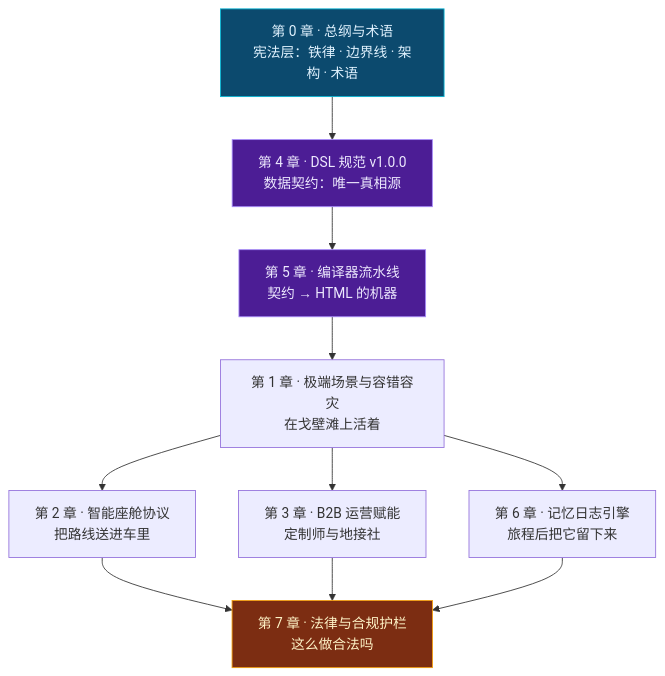
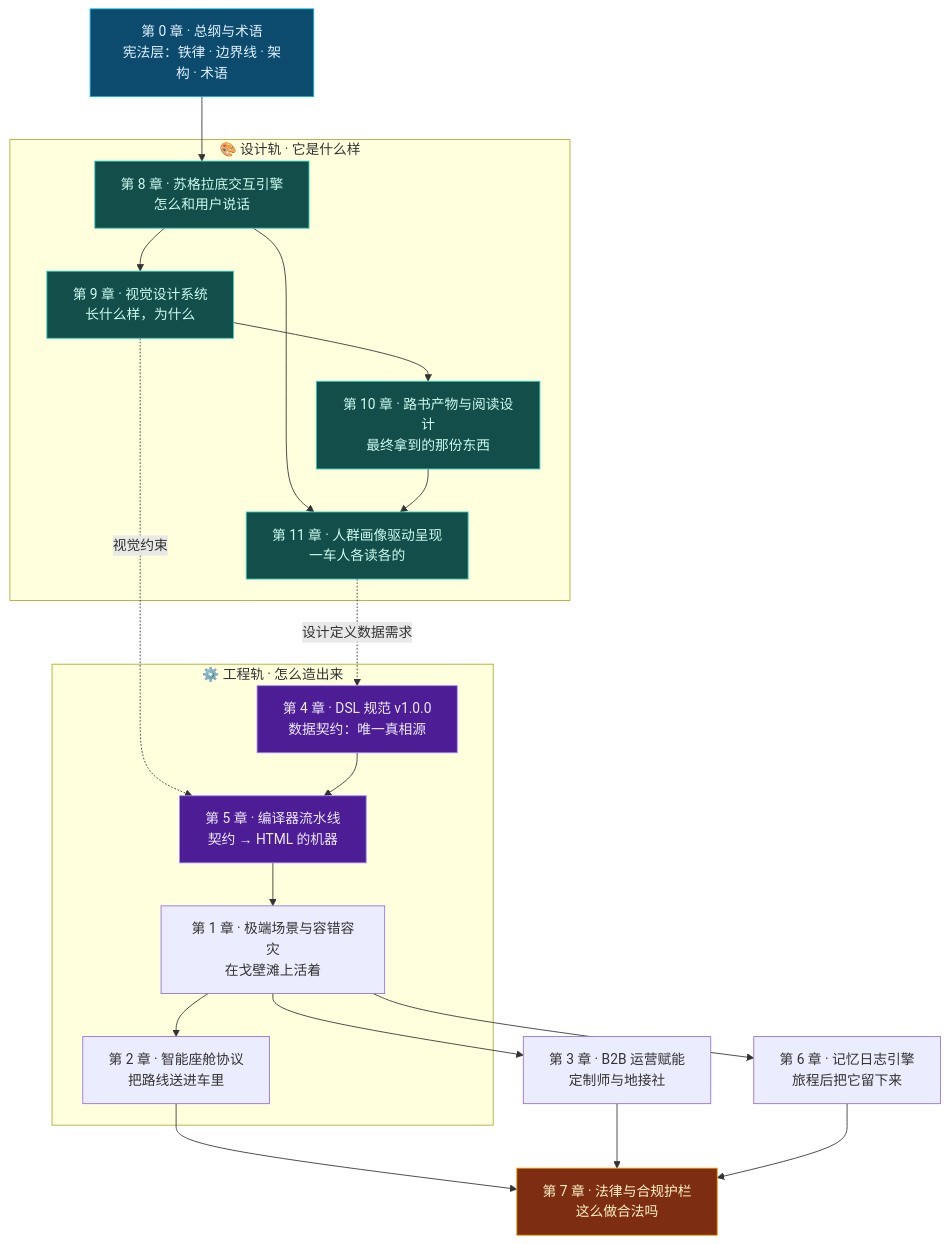
One commit to JohnMaxwell0123/TripCraft changed the diagram in docs/README.md. Above: the diagram before and after it, drawn with Mermaid. The commit also changed other lines of this file and 6 other files, not shown here.

````diff
--- a/docs/README.md
+++ b/docs/README.md
@@ -45,21 +63,41 @@
 ```mermaid
 flowchart TB
     CH0["第 0 章 · 总纲与术语<br/>宪法层：铁律 · 边界线 · 架构 · 术语"]
-    CH4["第 4 章 · DSL 规范 v1.0.0<br/>数据契约：唯一真相源"]
-    CH5["第 5 章 · 编译器流水线<br/>契约 → HTML 的机器"]
-    CH1["第 1 章 · 极端场景与容错容灾<br/>在戈壁滩上活着"]
-    CH2["第 2 章 · 智能座舱协议<br/>把路线送进车里"]
+
+    subgraph DESIGN["🎨 设计轨 · 它是什么样"]
+        CH8["第 8 章 · 苏格拉底交互引擎<br/>怎么和用户说话"]
+        CH9["第 9 章 · 视觉设计系统<br/>长什么样，为什么"]
+        CH10["第 10 章 · 路书产物与阅读设计<br/>最终拿到的那份东西"]
+        CH11["第 11 章 · 人群画像驱动呈现<br/>一车人各读各的"]
+    end
+
+    subgraph ENGINE["⚙️ 工程轨 · 怎么造出来"]
+        CH4["第 4 章 · DSL 规范 v1.0.0<br/>数据契约：唯一真相源"]
+        CH5["第 5 章 · 编译器流水线<br/>契约 → HTML 的机器"]
+        CH1["第 1 章 · 极端场景与容错容灾<br/>在戈壁滩上活着"]
+        CH2["第 2 章 · 智能座舱协议<br/>把路线送进车里"]
+    end
+
     CH3["第 3 章 · B2B 运营赋能<br/>定制师与地接社"]
     CH6["第 6 章 · 记忆日志引擎<br/>旅程后把它留下来"]
     CH7["第 7 章 · 法律与合规护栏<br/>这么做合法吗"]
 
-    CH0 --> CH4 --> CH5
-    CH5 --> CH1
+    CH0 --> CH8
+    CH8 --> CH9 --> CH10
+    CH8 --> CH11
+    CH10 --> CH11
+    CH11 -. 设计定义数据需求 .-> CH4
+    CH9 -. 视觉约束 .-> CH5
+    CH4 --> CH5 --> CH1
     CH1 --> CH2 & CH3 & CH6
     CH2 & CH3 & CH6 --> CH7
 
     style CH0 fill:#0c4a6e,stroke:#06b6d4,color:#e0f2fe
     style CH4 fill:#4c1d95,stroke:#a78bfa,color:#ede9fe
     style CH5 fill:#4c1d95,stroke:#a78bfa,color:#ede9fe
     style CH7 fill:#7c2d12,stroke:#f59e0b,color:#fef3c7
+    style CH8 fill:#134e4a,stroke:#2dd4bf,color:#ccfbf1
+    style CH9 fill:#134e4a,stroke:#2dd4bf,color:#ccfbf1
+    style CH10 fill:#134e4a,stroke:#2dd4bf,color:#ccfbf1
+    style CH11 fill:#134e4a,stroke:#2dd4bf,color:#ccfbf1
 ```
````
